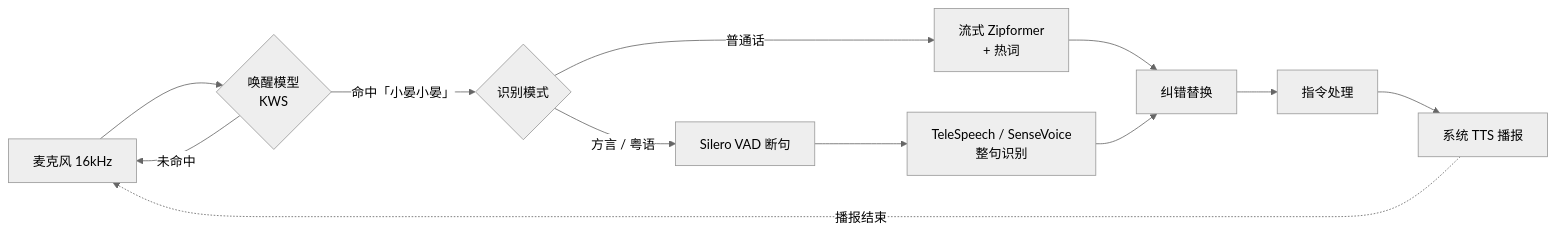
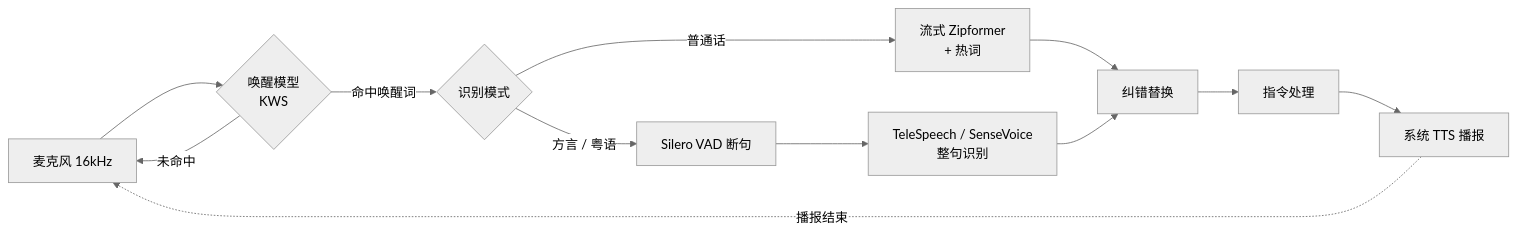
Before and after one commit to raferlyan/Android-Assistant: the diagram in README.md, drawn with Mermaid (neutral theme). The commit also changed other lines of this file and 3 other files, not shown here.

````diff
--- a/README.md
+++ b/README.md
@@ -175,12 +184,12 @@
 ```mermaid
 flowchart LR
     MIC[麦克风 16kHz] --> KWS{唤醒模型<br/>KWS}
     KWS -- 未命中 --> MIC
-    KWS -- 命中「小晏小晏」 --> MODE{识别模式}
+    KWS -- 命中唤醒词 --> MODE{识别模式}
     MODE -- 普通话 --> ONLINE[流式 Zipformer<br/>+ 热词]
     MODE -- 方言 / 粤语 --> VAD[Silero VAD 断句] --> OFFLINE[TeleSpeech / SenseVoice<br/>整句识别]
     ONLINE --> FIX[纠错替换]
     OFFLINE --> FIX
     FIX --> CMD[指令处理] --> TTS[系统 TTS 播报]
     TTS -. 播报结束 .-> MIC
 ```
````
